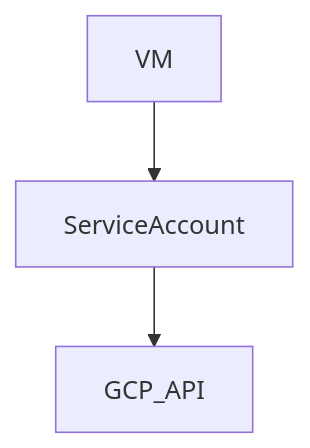
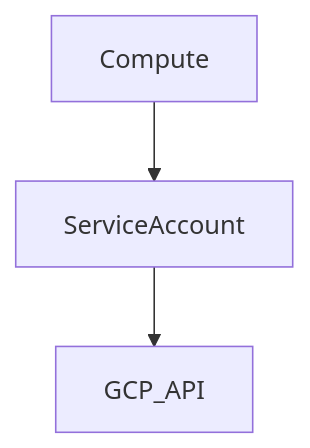
Before and after one commit to conti0513/development_public: the fourth of 10 diagrams in 06_LAB/01_GCP_ACE_HACK/sessions_ver262/01_iam.md, drawn with Mermaid. The commit also changed other lines of this file and 22 other files, not shown here.

````diff
--- a/06_LAB/01_GCP_ACE_HACK/sessions_ver262/01_iam.md
+++ b/06_LAB/01_GCP_ACE_HACK/sessions_ver262/01_iam.md
@@ -367,5 +133,5 @@
 ```mermaid
 graph TD
-VM --> ServiceAccount
+Compute --> ServiceAccount
 ServiceAccount --> GCP_API
 ```
````
